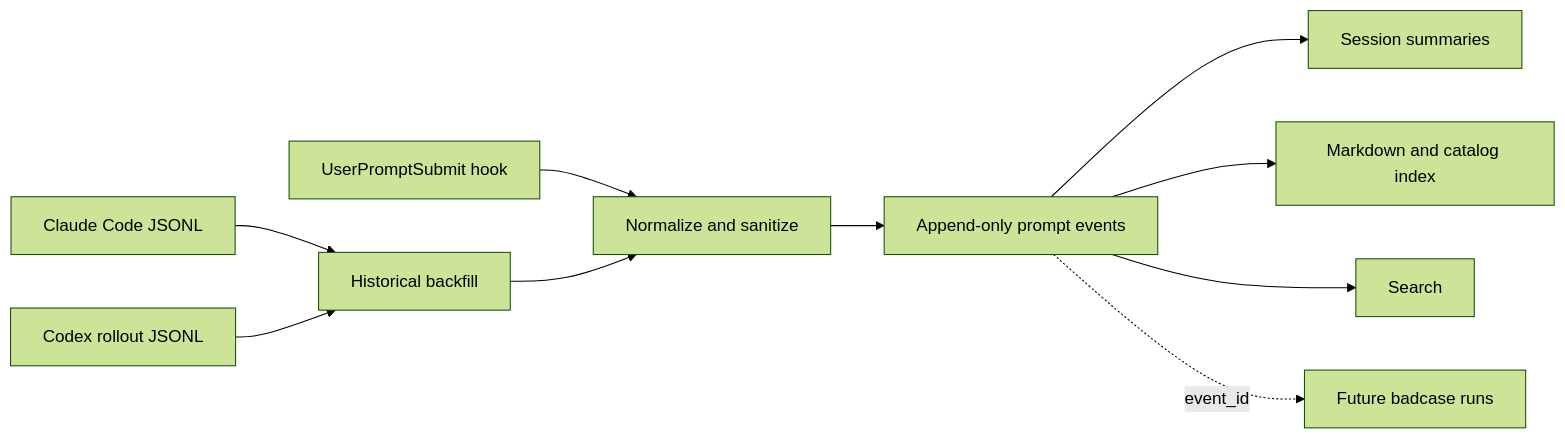
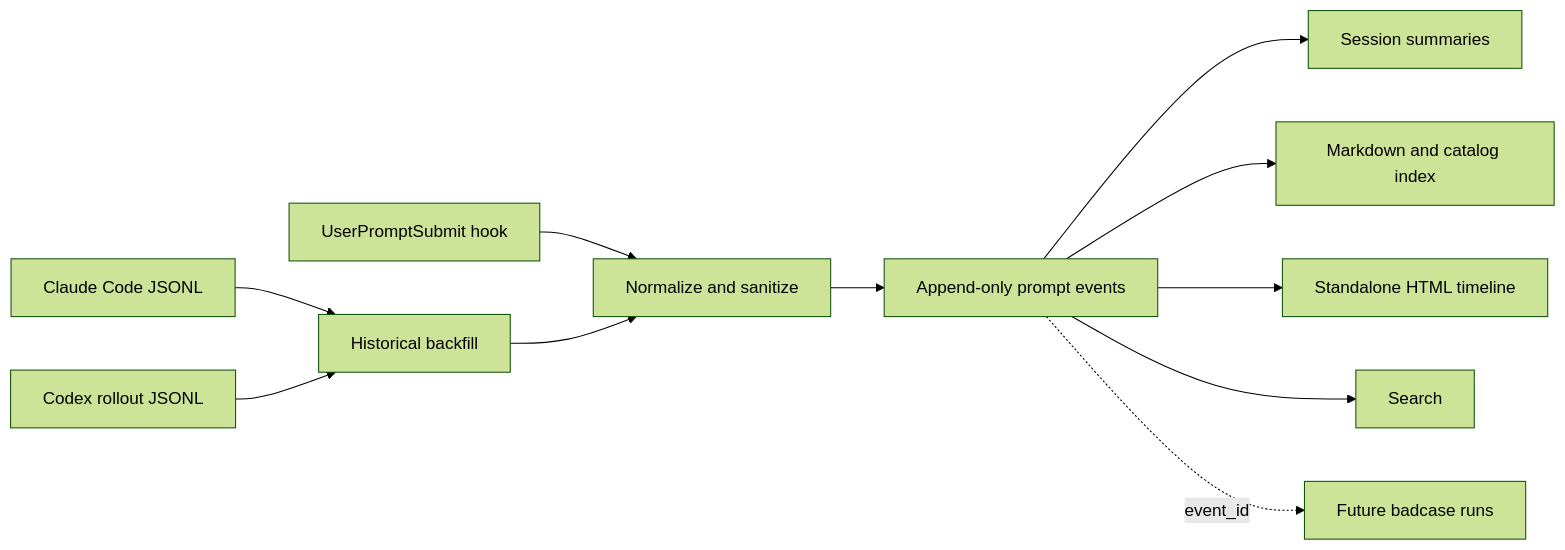
Before and after one commit to 24kchengYe/prompt-harness: the diagram in references/architecture.md, drawn with Mermaid (forest theme). The commit also changed other lines of this file and 7 other files, not shown here.

Commit message:
feat: add provider-aware prompt timeline

````diff
--- a/references/architecture.md
+++ b/references/architecture.md
@@ -3,12 +3,13 @@
 ```mermaid
 flowchart LR
   H["UserPromptSubmit hook"] --> N["Normalize and sanitize"]
   C["Claude Code JSONL"] --> B["Historical backfill"]
   X["Codex rollout JSONL"] --> B
   B --> N
   N --> E["Append-only prompt events"]
   E --> S["Session summaries"]
   E --> I["Markdown and catalog index"]
+  E --> V["Standalone HTML timeline"]
   E --> Q["Search"]
   E -. event_id .-> R["Future badcase runs"]
 ```
````
